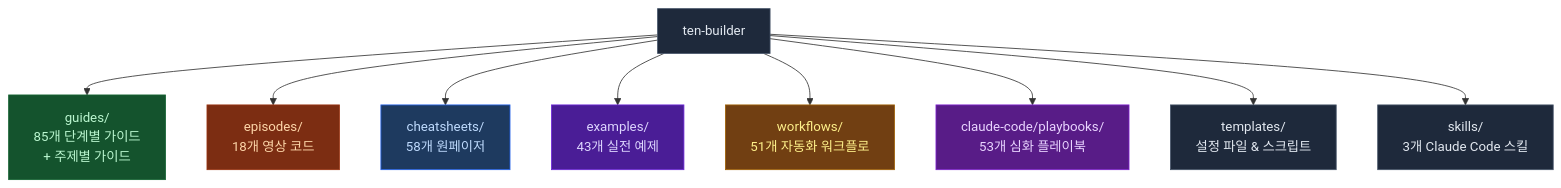
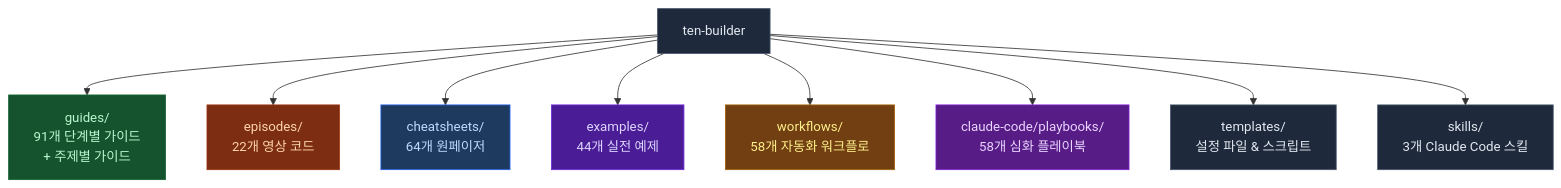
The first of 2 diagrams in README.md (ten-builder/ten-builder), drawn with Mermaid before and after one commit. The commit also changed other lines of this file, not shown here.

Commit message:
docs: README sync -- guides 84-91, EP19-22, playbooks 61-64, new workflows

````diff
--- a/README.md
+++ b/README.md
@@ -23,21 +23,21 @@
 ```mermaid
 flowchart TD
-    R["ten-builder"] --> G["guides/\n85개 단계별 가이드\n+ 주제별 가이드"]
-    R --> E["episodes/\n18개 영상 코드"]
-    R --> C["cheatsheets/\n58개 원페이저"]
-    R --> EX["examples/\n43개 실전 예제"]
-    R --> W["workflows/\n51개 자동화 워크플로"]
-    R --> P["claude-code/playbooks/\n53개 심화 플레이북"]
+    R["ten-builder"] --> G["guides/\n91개 단계별 가이드\n+ 주제별 가이드"]
+    R --> E["episodes/\n22개 영상 코드"]
+    R --> C["cheatsheets/\n64개 원페이저"]
+    R --> EX["examples/\n44개 실전 예제"]
+    R --> W["workflows/\n58개 자동화 워크플로"]
+    R --> P["claude-code/playbooks/\n58개 심화 플레이북"]
     R --> T["templates/\n설정 파일 & 스크립트"]
     R --> S["skills/\n3개 Claude Code 스킬"]
 
     style R fill:#1e293b,stroke:#475569,color:#e2e8f0
     style G fill:#14532d,stroke:#166534,color:#bbf7d0
     style E fill:#7c2d12,stroke:#9a3412,color:#fed7aa
     style C fill:#1e3a5f,stroke:#2563eb,color:#bfdbfe
     style EX fill:#4a1d96,stroke:#6d28d9,color:#ddd6fe
     style W fill:#713f12,stroke:#a16207,color:#fef08a
     style P fill:#581c87,stroke:#7e22ce,color:#e9d5ff
     style T fill:#1e293b,stroke:#475569,color:#e2e8f0
     style S fill:#1e293b,stroke:#475569,color:#e2e8f0
 ```
````
